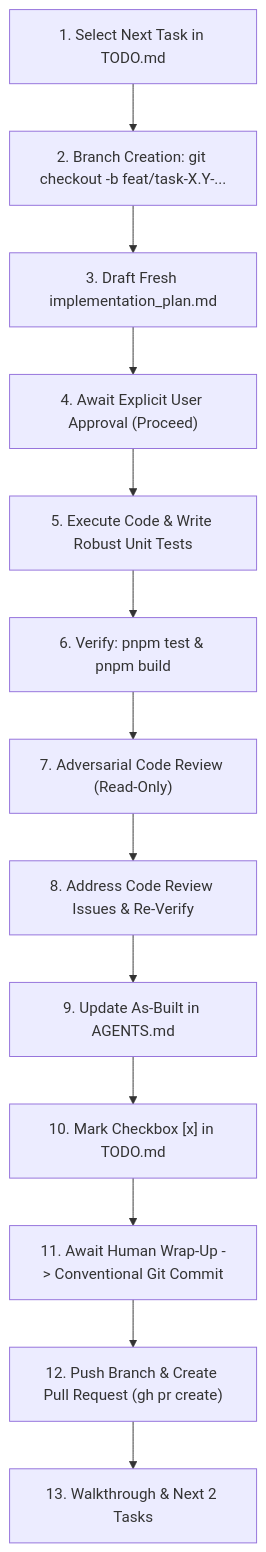
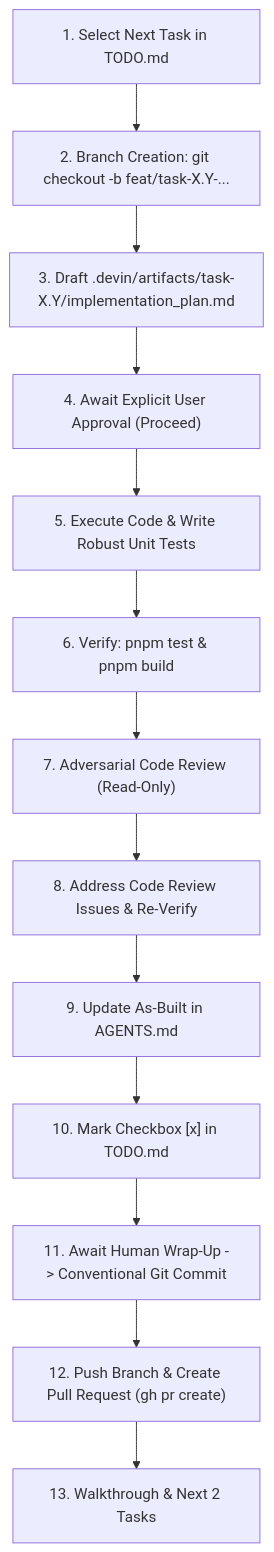
One commit to carlosjosemm/pronto-insumos changed the diagram in .agents/skills/production-readiness-workflow/SKILL.md. Above: the diagram before and after it, drawn with Mermaid. The commit also changed other lines of this file and 5 other files, not shown here.

First line of the commit message:
docs(skills): persist task artifacts under .devin/artifacts/task-X.Y (owner decision)

````diff
--- a/.agents/skills/production-readiness-workflow/SKILL.md
+++ b/.agents/skills/production-readiness-workflow/SKILL.md
@@ -21,15 +21,15 @@
 ```mermaid
 flowchart TD
     A["1. Select Next Task in TODO.md"] --> B["2. Branch Creation: git checkout -b feat/task-X.Y-..."]
-    B --> C["3. Draft Fresh implementation_plan.md"]
+    B --> C["3. Draft .devin/artifacts/task-X.Y/implementation_plan.md"]
     C --> D["4. Await Explicit User Approval (Proceed)"]
     D --> E["5. Execute Code & Write Robust Unit Tests"]
     E --> F["6. Verify: pnpm test & pnpm build"]
     F --> G["7. Adversarial Code Review (Read-Only)"]
     G --> H["8. Address Code Review Issues & Re-Verify"]
     H --> I["9. Update As-Built in AGENTS.md"]
     I --> J["10. Mark Checkbox [x] in TODO.md"]
     J --> K["11. Await Human Wrap-Up -> Conventional Git Commit"]
     K --> L["12. Push Branch & Create Pull Request (gh pr create)"]
     L --> M["13. Walkthrough & Next 2 Tasks"]
 ```
````
